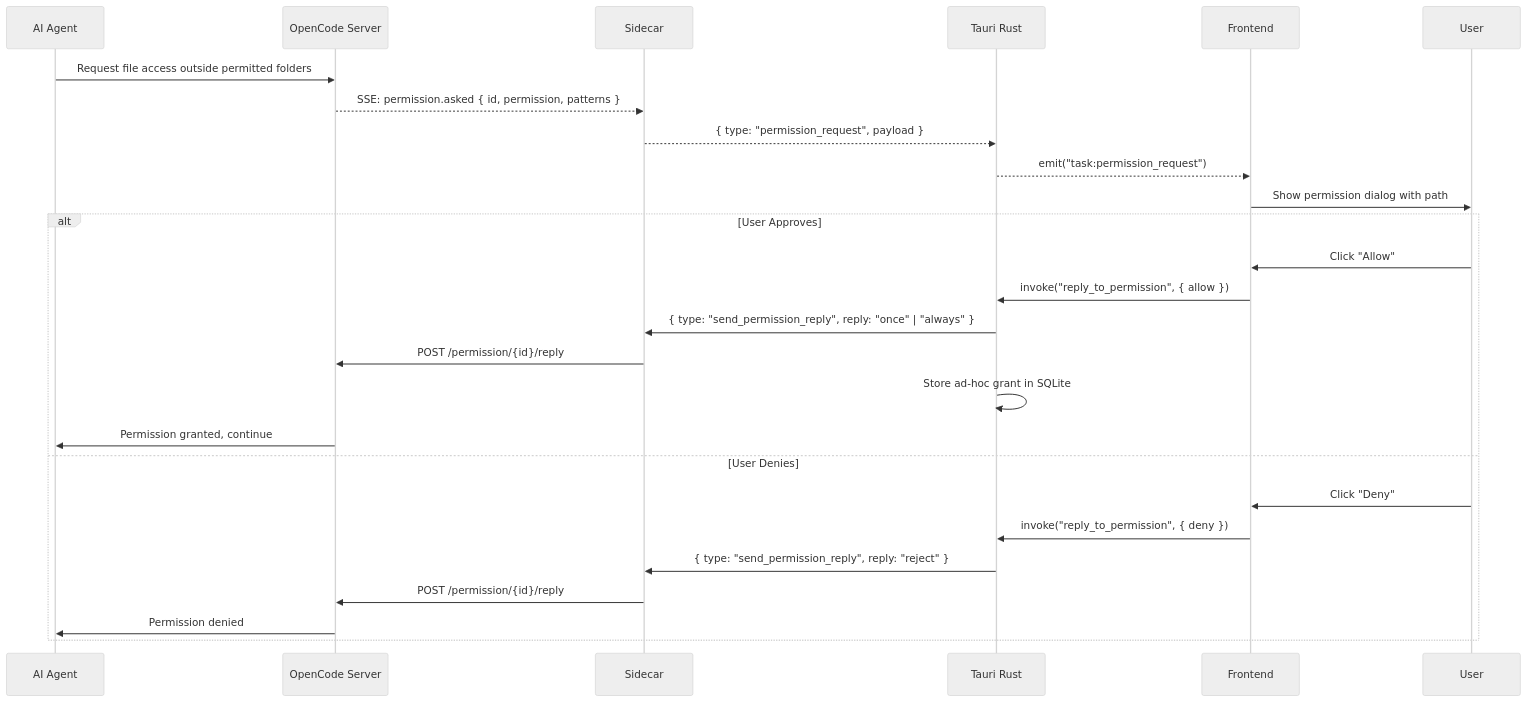
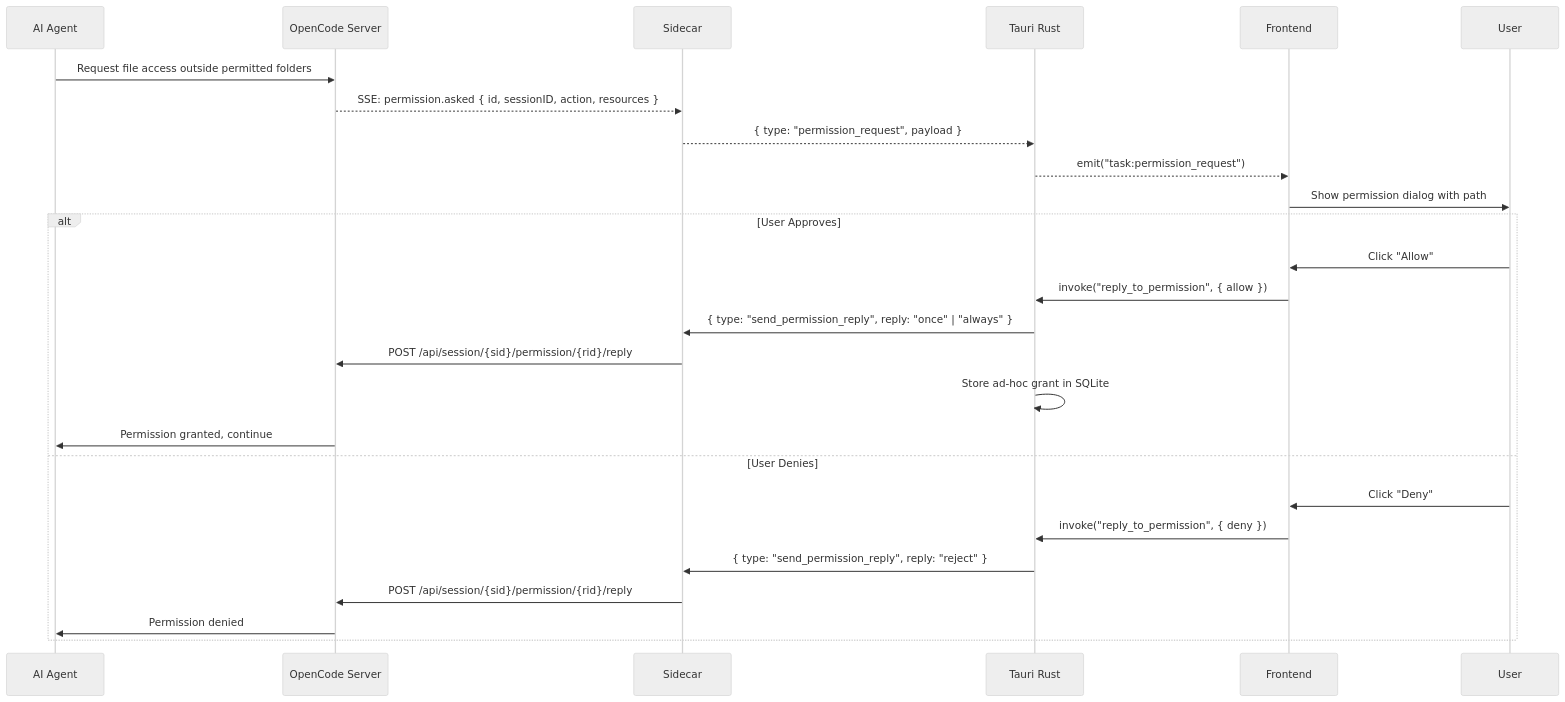
The fourth of 5 diagrams in docs/architecture/architecture.md (kevinlin/cowork-z), drawn with Mermaid (neutral theme) before and after one commit. The commit also changed other lines of this file and 18 other files, not shown here.

````diff
--- a/docs/architecture/architecture.md
+++ b/docs/architecture/architecture.md
@@ -491,30 +490,30 @@
 ```mermaid
 sequenceDiagram
     participant Agent as AI Agent
     participant OC as OpenCode Server
     participant SC as Sidecar
     participant Rust as Tauri Rust
     participant FE as Frontend
     participant User
 
     Agent->>OC: Request file access outside permitted folders
-    OC-->>SC: SSE: permission.asked { id, permission, patterns }
+    OC-->>SC: SSE: permission.asked { id, sessionID, action, resources }
     SC-->>Rust: { type: "permission_request", payload }
     Rust-->>FE: emit("task:permission_request")
     FE->>User: Show permission dialog with path
 
     alt User Approves
         User->>FE: Click "Allow"
         FE->>Rust: invoke("reply_to_permission", { allow })
         Rust->>SC: { type: "send_permission_reply", reply: "once" | "always" }
-        SC->>OC: POST /permission/{id}/reply
+        SC->>OC: POST /api/session/{sid}/permission/{rid}/reply
         Rust->>Rust: Store ad-hoc grant in SQLite
         OC->>Agent: Permission granted, continue
     else User Denies
         User->>FE: Click "Deny"
         FE->>Rust: invoke("reply_to_permission", { deny })
         Rust->>SC: { type: "send_permission_reply", reply: "reject" }
-        SC->>OC: POST /permission/{id}/reply
+        SC->>OC: POST /api/session/{sid}/permission/{rid}/reply
         OC->>Agent: Permission denied
     end
 ```
````
